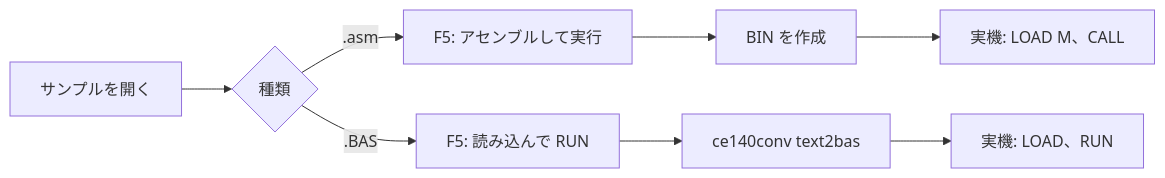
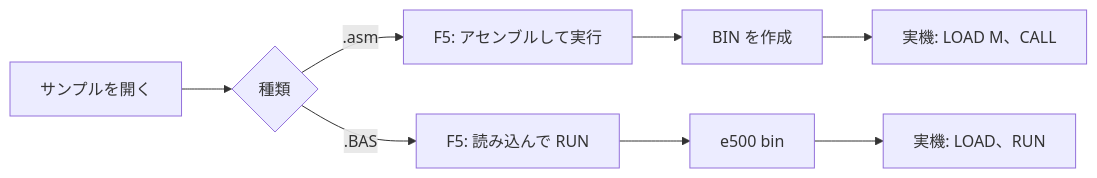
The diagram in Samples/README.md (litchi-gh/pc-e500_tools), drawn with Mermaid before and after one commit. The commit also changed 60 other files, not shown here.

````diff
--- a/Samples/README.md
+++ b/Samples/README.md
@@ -29,8 +29,8 @@
 ```mermaid
 flowchart LR
   A["サンプルを開く"] --> B{"種類"}
   B -- ".asm" --> C["F5: アセンブルして実行"]
   B -- ".BAS" --> D["F5: 読み込んで RUN"]
   C --> E["BIN を作成"] --> F["実機: LOAD M、CALL"]
-  D --> G["ce140conv text2bas"] --> H["実機: LOAD、RUN"]
+  D --> G["e500 bin"] --> H["実機: LOAD、RUN"]
 ```
````
